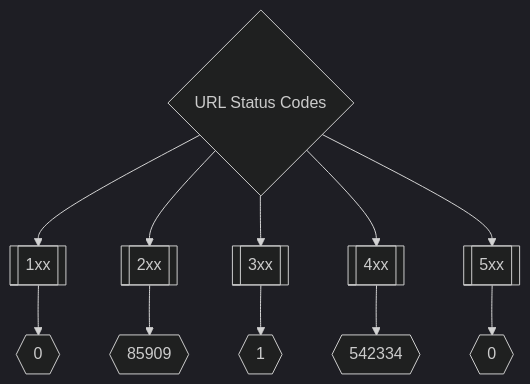
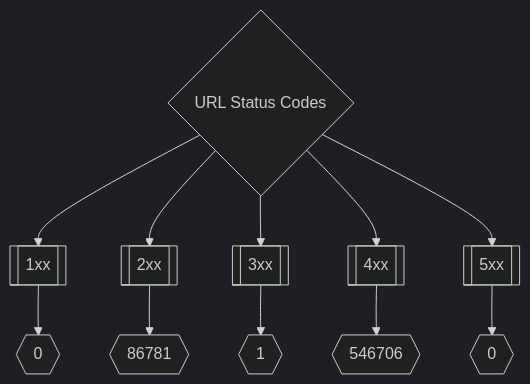
One commit to trickest/inventory changed the second of 3 diagrams in README.md. Above: the diagram before and after it, drawn with Mermaid (dark theme). The commit also changed other lines of this file, not shown here.

Commit message:
Update README.md Fri Jun 10 17:42:45 UTC 2022

````diff
--- a/README.md
+++ b/README.md
@@ -173,8 +173,8 @@
 ```mermaid
 graph TD
 title{URL Status Codes} --> 1xx[[1xx]] --> status1xxNum{{0}}
-title --> 2xx[[2xx]] --> status2xxNum{{85909}}
+title --> 2xx[[2xx]] --> status2xxNum{{86781}}
 title --> 3xx[[3xx]] --> status3xxNum{{1}}
-title --> 4xx[[4xx]] --> status4xxNum{{542334}}
+title --> 4xx[[4xx]] --> status4xxNum{{546706}}
 title --> 5xx[[5xx]] --> status5xxNum{{0}}
 ```
````
